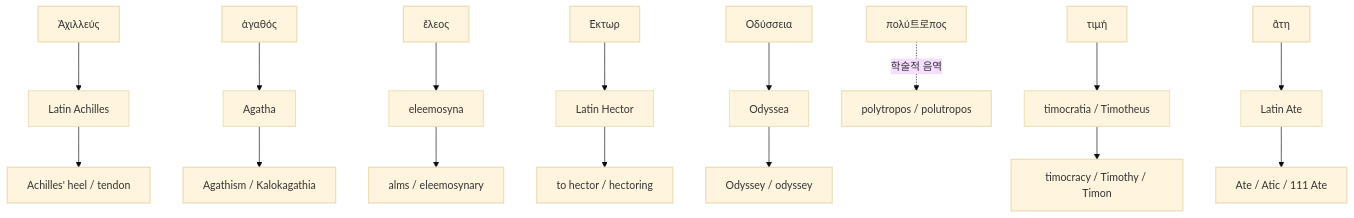
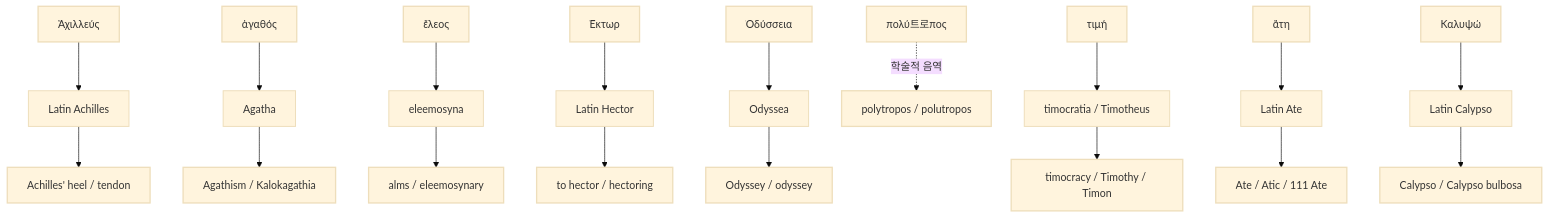
The diagram in words/index.md (YgHnSIM/Homer_wiki), drawn with Mermaid (base theme) before and after one commit. The commit also changed other lines of this file and 7 other files, not shown here.

````diff
--- a/words/index.md
+++ b/words/index.md
@@ -21,15 +21,16 @@
 ```mermaid
 graph TB
     classDef greek stroke-width:2px;
     classDef latin stroke-width:1.5px;
     classDef english stroke-width:2px;
 
     G1["Ἀχιλλεύς"]:::greek --> L1["Latin Achilles"]:::latin --> E1["Achilles' heel / tendon"]:::english
     G2["ἀγαθός"]:::greek --> L2["Agatha"]:::latin --> E2["Agathism / Kalokagathia"]:::english
     G3["ἔλεος"]:::greek --> L3["eleemosyna"]:::latin --> E3["alms / eleemosynary"]:::english
     G4["Ἕκτωρ"]:::greek --> L4["Latin Hector"]:::latin --> E4["to hector / hectoring"]:::english
     G5["Ὀδύσσεια"]:::greek --> L5["Odyssea"]:::latin --> E5["Odyssey / odyssey"]:::english
     G6["πολύ트로πος"]:::greek -. "학술적 음역" .-> E6["polytropos / polutropos"]:::english
     G7["τιμή"]:::greek --> L7["timocratia / Timotheus"]:::latin --> E7["timocracy / Timothy / Timon"]:::english
     G8["ἄτη"]:::greek --> L8["Latin Ate"]:::latin --> E8["Ate / Atic / 111 Ate"]:::english
+    G9["Καλυψώ"]:::greek --> L9["Latin Calypso"]:::latin --> E9["Calypso / Calypso bulbosa"]:::english
 ```
````
